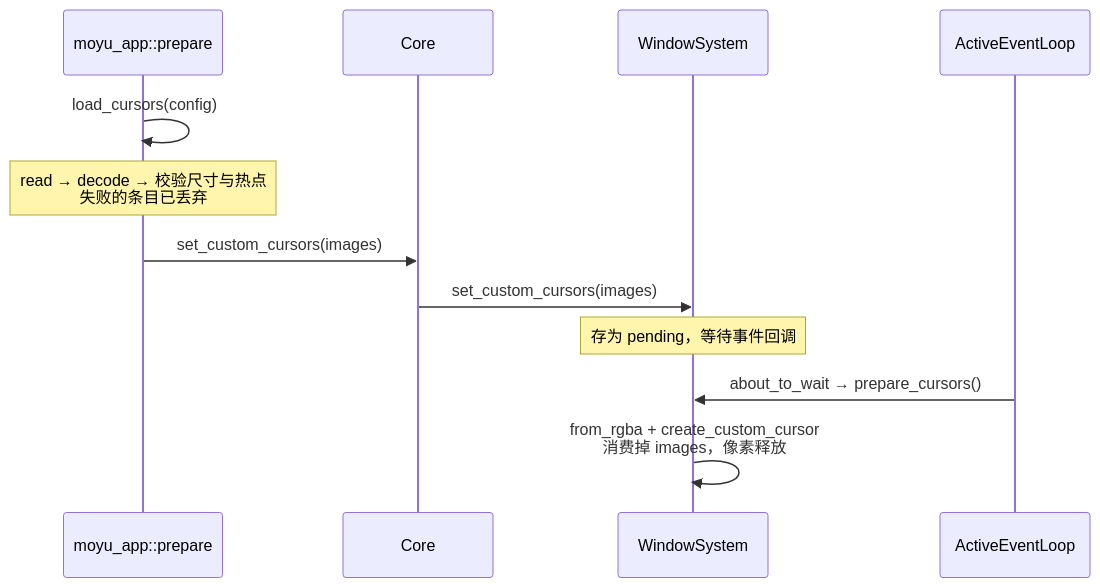
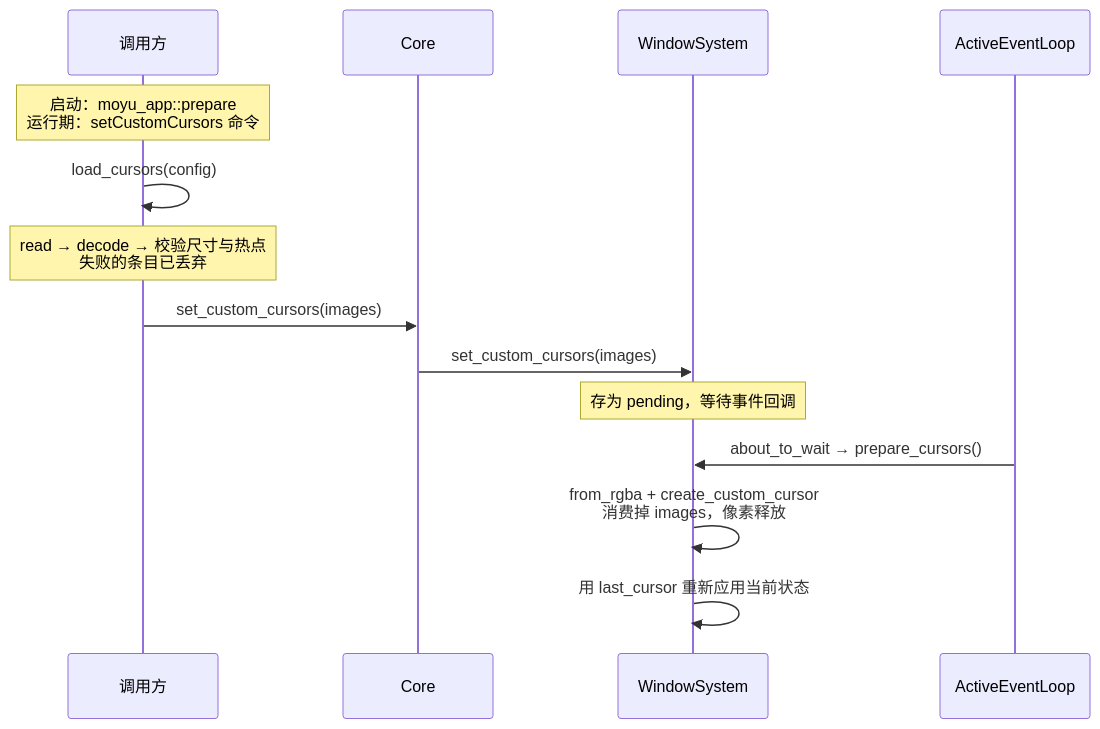
Before and after one commit to Icemic/moyu: the diagram in rfcs/2026-10-26-custom-cursor.md, drawn with Mermaid. The commit also changed other lines of this file and 9 other files, not shown here.

Commit message:
feat: support replacing custom cursors at runtime

````diff
--- a/rfcs/2026-10-26-custom-cursor.md
+++ b/rfcs/2026-10-26-custom-cursor.md
@@ -169,15 +189,17 @@
 ```mermaid
 sequenceDiagram
-    participant App as moyu_app::prepare
+    participant Src as 调用方
     participant Core as Core
     participant WS as WindowSystem
     participant EL as ActiveEventLoop
 
-    App->>App: load_cursors(config)
-    Note over App: read → decode → 校验尺寸与热点<br/>失败的条目已丢弃
-    App->>Core: set_custom_cursors(images)
+    Note over Src: 启动：moyu_app::prepare<br/>运行期：setCustomCursors 命令
+    Src->>Src: load_cursors(config)
+    Note over Src: read → decode → 校验尺寸与热点<br/>失败的条目已丢弃
+    Src->>Core: set_custom_cursors(images)
     Core->>WS: set_custom_cursors(images)
     Note over WS: 存为 pending，等待事件回调
     EL->>WS: about_to_wait → prepare_cursors()
     WS->>WS: from_rgba + create_custom_cursor<br/>消费掉 images，像素释放
+    WS->>WS: 用 last_cursor 重新应用当前状态
 ```
````
